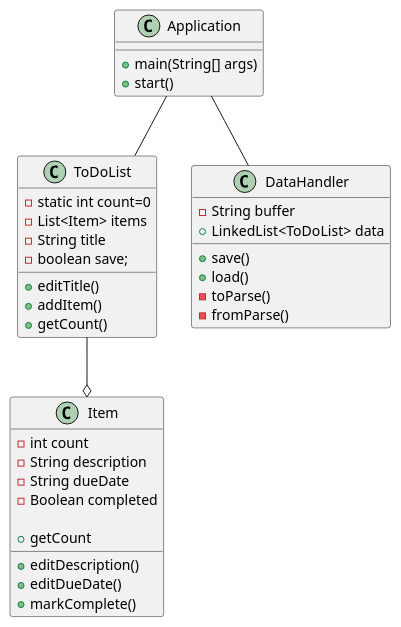
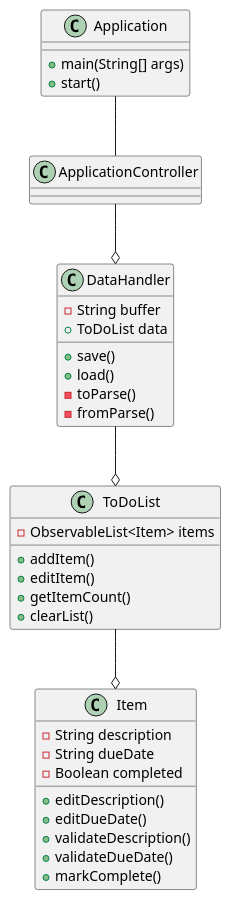
Before and after one commit to Jyke321/cordonero-app1-impl: the diagram in ToDoListApplication/docs/Classes.puml, drawn with PlantUML. The commit also changed 9 other files, not shown here.

```diff
--- a/ToDoListApplication/docs/Classes.puml
+++ b/ToDoListApplication/docs/Classes.puml
@@ -1,39 +1,40 @@
 @startuml
 Class Application {
     +main(String[] args)
     +start()
 }
 Class ToDoList {
-    -static int count=0
-    -List<Item> items
+    -ObservableList<Item> items
 '3 character title
-    -String title
-    -boolean save;
-
-    +editTitle()
     +addItem()
-    +getCount()
+    +editItem()
+    +getItemCount()
+    +clearList()
 }
 Class Item {
-    -int count
     -String description
     -String dueDate
     -Boolean completed
 
     +editDescription()
     +editDueDate()
+    +validateDescription()
+    +validateDueDate()
     +markComplete()
-    +getCount
 }
 Class DataHandler {
     -String buffer
-    +LinkedList<ToDoList> data
+    +ToDoList data
     +save()
     +load()
     -toParse()
     -fromParse()
 }
-Application -- ToDoList
-Application -- DataHandler
+Class ApplicationController {
+    'fxml controller
+}
+Application -- ApplicationController
+ApplicationController --o DataHandler
+DataHandler --o ToDoList
 ToDoList --o Item
 @enduml
```
